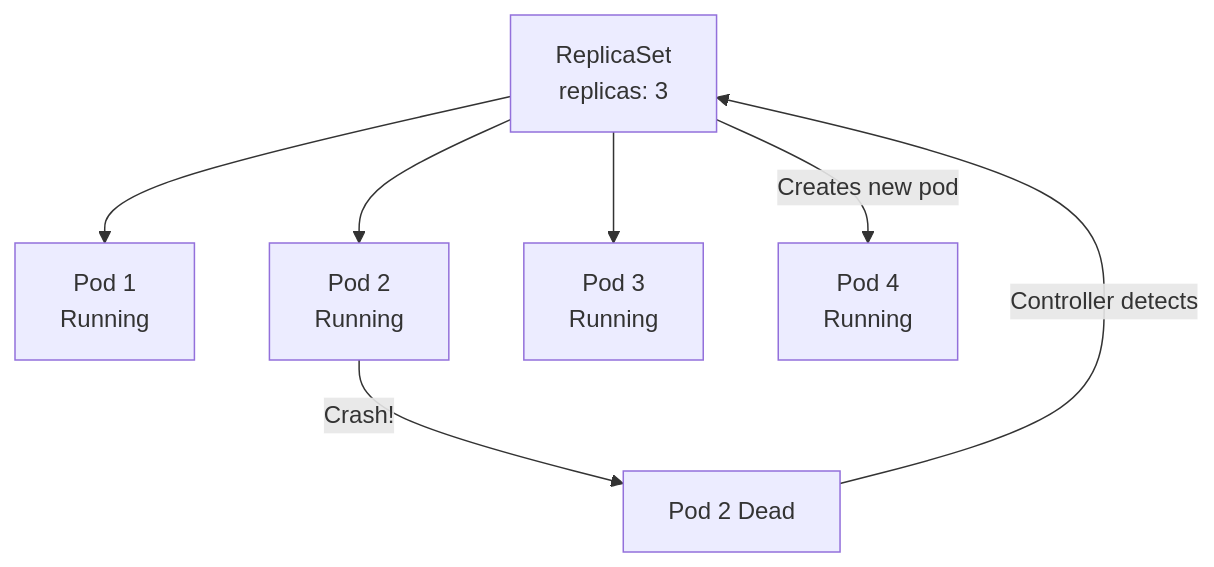
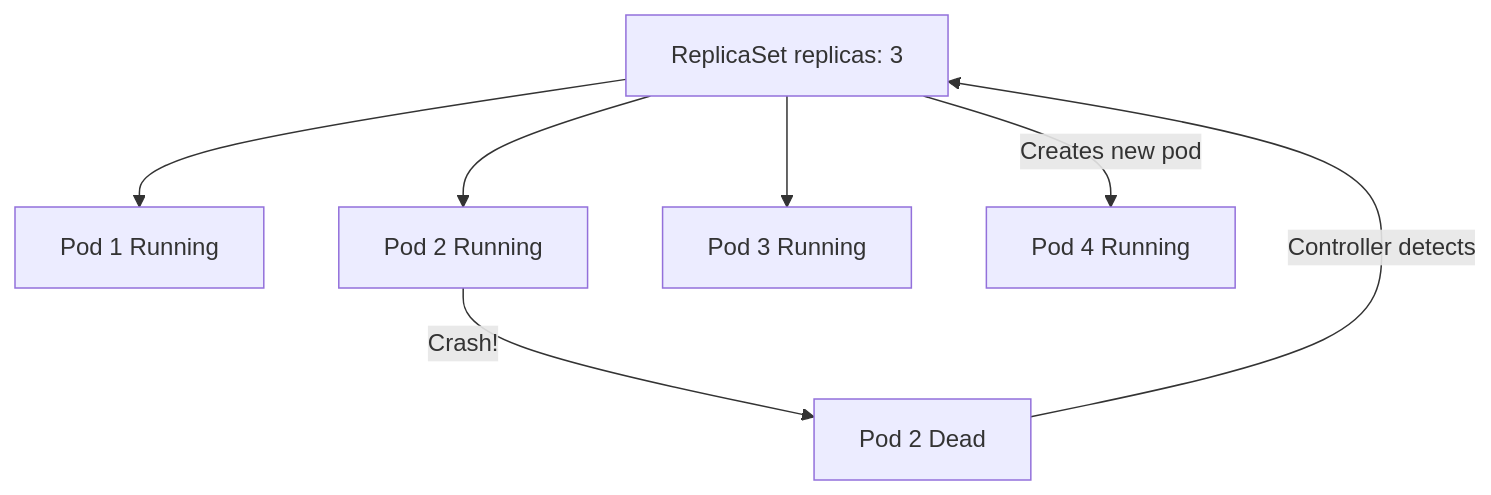
The second of 6 diagrams in 03_first_steps/03_pods_deployments_services.md (UncleJS/course_k3s), drawn with Mermaid before and after one commit. The commit also changed other lines of this file and 57 other files, not shown here.

````diff
--- a/03_first_steps/03_pods_deployments_services.md
+++ b/03_first_steps/03_pods_deployments_services.md
@@ -119,9 +119,9 @@
 ```mermaid
 graph TD
-    RS[ReplicaSet\nreplicas: 3] --> P1[Pod 1\nRunning]
-    RS --> P2[Pod 2\nRunning]
-    RS --> P3[Pod 3\nRunning]
+    RS[ReplicaSet replicas: 3] --> P1[Pod 1 Running]
+    RS --> P2[Pod 2 Running]
+    RS --> P3[Pod 3 Running]
     P2 -->|"Crash!"| DEAD[Pod 2 Dead]
     DEAD -->|"Controller detects"| RS
-    RS -->|"Creates new pod"| P4[Pod 4\nRunning]
+    RS -->|"Creates new pod"| P4[Pod 4 Running]
 ```
````
